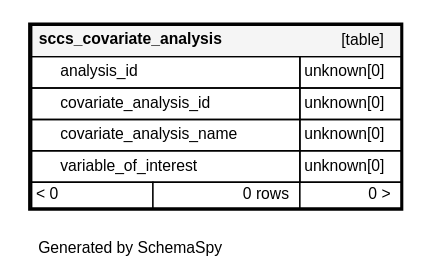
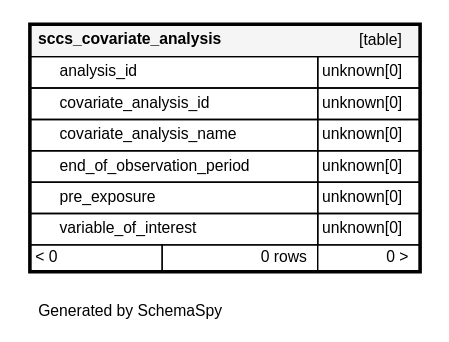
The diagram in results-schema/diagrams/tables/sccs_covariate_analysis.1degree.dot (OHDSI/Strategus), drawn with Graphviz before and after one commit. The commit also changed 205 other files, not shown here.

```diff
--- a/results-schema/diagrams/tables/sccs_covariate_analysis.1degree.dot
+++ b/results-schema/diagrams/tables/sccs_covariate_analysis.1degree.dot
@@ -1,17 +1,19 @@
 digraph "oneDegreeRelationshipsDiagram" {
   graph [    rankdir="RL"    bgcolor="#ffffff"    label="\nGenerated by SchemaSpy"    labeljust="l"    nodesep="0.18"    ranksep="0.46"    fontname="Helvetica"    fontsize="11"    ration="compress"  ];  node [    fontname="Helvetica"    fontsize="11"    shape="plaintext"  ];  edge [    arrowsize="0.8"  ];
   "sccs_covariate_analysis" [
    label=<
     <TABLE BORDER="2" CELLBORDER="1" CELLSPACING="0" BGCOLOR="#ffffff">
       <TR><TD COLSPAN="4"  BGCOLOR="#f5f5f5"><TABLE BORDER="0" CELLSPACING="0"><TR><TD ALIGN="LEFT" FIXEDSIZE="TRUE" WIDTH="158" HEIGHT="16"><B>sccs_covariate_analysis</B></TD><TD ALIGN="RIGHT">[table]</TD></TR></TABLE></TD></TR>
-      <TR><TD PORT="analysis_id" COLSPAN="2" ALIGN="LEFT"><TABLE BORDER="0" CELLSPACING="0" ALIGN="LEFT"><TR ALIGN="LEFT"><TD ALIGN="LEFT" FIXEDSIZE="TRUE" WIDTH="15" HEIGHT="16"></TD><TD ALIGN="LEFT" FIXEDSIZE="TRUE" WIDTH="167" HEIGHT="16">analysis_id</TD></TR></TABLE></TD><TD PORT="analysis_id.type" ALIGN="LEFT">unknown[0]</TD></TR>
-      <TR><TD PORT="covariate_analysis_id" COLSPAN="2" ALIGN="LEFT"><TABLE BORDER="0" CELLSPACING="0" ALIGN="LEFT"><TR ALIGN="LEFT"><TD ALIGN="LEFT" FIXEDSIZE="TRUE" WIDTH="15" HEIGHT="16"></TD><TD ALIGN="LEFT" FIXEDSIZE="TRUE" WIDTH="167" HEIGHT="16">covariate_analysis_id</TD></TR></TABLE></TD><TD PORT="covariate_analysis_id.type" ALIGN="LEFT">unknown[0]</TD></TR>
-      <TR><TD PORT="covariate_analysis_name" COLSPAN="2" ALIGN="LEFT"><TABLE BORDER="0" CELLSPACING="0" ALIGN="LEFT"><TR ALIGN="LEFT"><TD ALIGN="LEFT" FIXEDSIZE="TRUE" WIDTH="15" HEIGHT="16"></TD><TD ALIGN="LEFT" FIXEDSIZE="TRUE" WIDTH="167" HEIGHT="16">covariate_analysis_name</TD></TR></TABLE></TD><TD PORT="covariate_analysis_name.type" ALIGN="LEFT">unknown[0]</TD></TR>
-      <TR><TD PORT="variable_of_interest" COLSPAN="2" ALIGN="LEFT"><TABLE BORDER="0" CELLSPACING="0" ALIGN="LEFT"><TR ALIGN="LEFT"><TD ALIGN="LEFT" FIXEDSIZE="TRUE" WIDTH="15" HEIGHT="16"></TD><TD ALIGN="LEFT" FIXEDSIZE="TRUE" WIDTH="167" HEIGHT="16">variable_of_interest</TD></TR></TABLE></TD><TD PORT="variable_of_interest.type" ALIGN="LEFT">unknown[0]</TD></TR>
+      <TR><TD PORT="analysis_id" COLSPAN="2" ALIGN="LEFT"><TABLE BORDER="0" CELLSPACING="0" ALIGN="LEFT"><TR ALIGN="LEFT"><TD ALIGN="LEFT" FIXEDSIZE="TRUE" WIDTH="15" HEIGHT="16"></TD><TD ALIGN="LEFT" FIXEDSIZE="TRUE" WIDTH="180" HEIGHT="16">analysis_id</TD></TR></TABLE></TD><TD PORT="analysis_id.type" ALIGN="LEFT">unknown[0]</TD></TR>
+      <TR><TD PORT="covariate_analysis_id" COLSPAN="2" ALIGN="LEFT"><TABLE BORDER="0" CELLSPACING="0" ALIGN="LEFT"><TR ALIGN="LEFT"><TD ALIGN="LEFT" FIXEDSIZE="TRUE" WIDTH="15" HEIGHT="16"></TD><TD ALIGN="LEFT" FIXEDSIZE="TRUE" WIDTH="180" HEIGHT="16">covariate_analysis_id</TD></TR></TABLE></TD><TD PORT="covariate_analysis_id.type" ALIGN="LEFT">unknown[0]</TD></TR>
+      <TR><TD PORT="covariate_analysis_name" COLSPAN="2" ALIGN="LEFT"><TABLE BORDER="0" CELLSPACING="0" ALIGN="LEFT"><TR ALIGN="LEFT"><TD ALIGN="LEFT" FIXEDSIZE="TRUE" WIDTH="15" HEIGHT="16"></TD><TD ALIGN="LEFT" FIXEDSIZE="TRUE" WIDTH="180" HEIGHT="16">covariate_analysis_name</TD></TR></TABLE></TD><TD PORT="covariate_analysis_name.type" ALIGN="LEFT">unknown[0]</TD></TR>
+      <TR><TD PORT="end_of_observation_period" COLSPAN="2" ALIGN="LEFT"><TABLE BORDER="0" CELLSPACING="0" ALIGN="LEFT"><TR ALIGN="LEFT"><TD ALIGN="LEFT" FIXEDSIZE="TRUE" WIDTH="15" HEIGHT="16"></TD><TD ALIGN="LEFT" FIXEDSIZE="TRUE" WIDTH="180" HEIGHT="16">end_of_observation_period</TD></TR></TABLE></TD><TD PORT="end_of_observation_period.type" ALIGN="LEFT">unknown[0]</TD></TR>
+      <TR><TD PORT="pre_exposure" COLSPAN="2" ALIGN="LEFT"><TABLE BORDER="0" CELLSPACING="0" ALIGN="LEFT"><TR ALIGN="LEFT"><TD ALIGN="LEFT" FIXEDSIZE="TRUE" WIDTH="15" HEIGHT="16"></TD><TD ALIGN="LEFT" FIXEDSIZE="TRUE" WIDTH="180" HEIGHT="16">pre_exposure</TD></TR></TABLE></TD><TD PORT="pre_exposure.type" ALIGN="LEFT">unknown[0]</TD></TR>
+      <TR><TD PORT="variable_of_interest" COLSPAN="2" ALIGN="LEFT"><TABLE BORDER="0" CELLSPACING="0" ALIGN="LEFT"><TR ALIGN="LEFT"><TD ALIGN="LEFT" FIXEDSIZE="TRUE" WIDTH="15" HEIGHT="16"></TD><TD ALIGN="LEFT" FIXEDSIZE="TRUE" WIDTH="180" HEIGHT="16">variable_of_interest</TD></TR></TABLE></TD><TD PORT="variable_of_interest.type" ALIGN="LEFT">unknown[0]</TD></TR>
       <TR><TD ALIGN="LEFT" BGCOLOR="#ffffff">&lt; 0</TD><TD ALIGN="RIGHT" BGCOLOR="#ffffff">0 rows</TD><TD ALIGN="RIGHT" BGCOLOR="#ffffff">0 &gt;</TD></TR>
     </TABLE>>
     URL="../../tables/sccs_covariate_analysis.html"
     target="_top"
     tooltip="sccs_covariate_analysis"
   ];
 }
```
